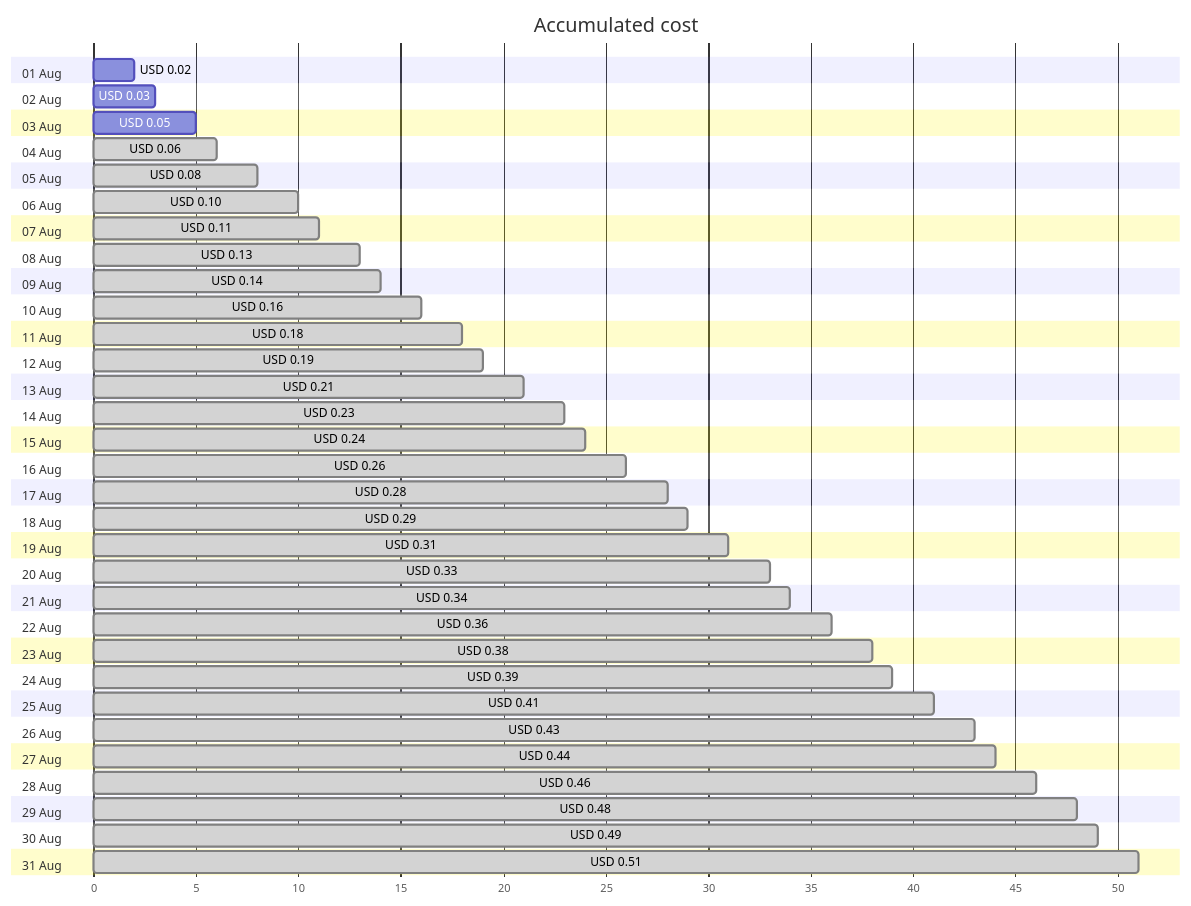
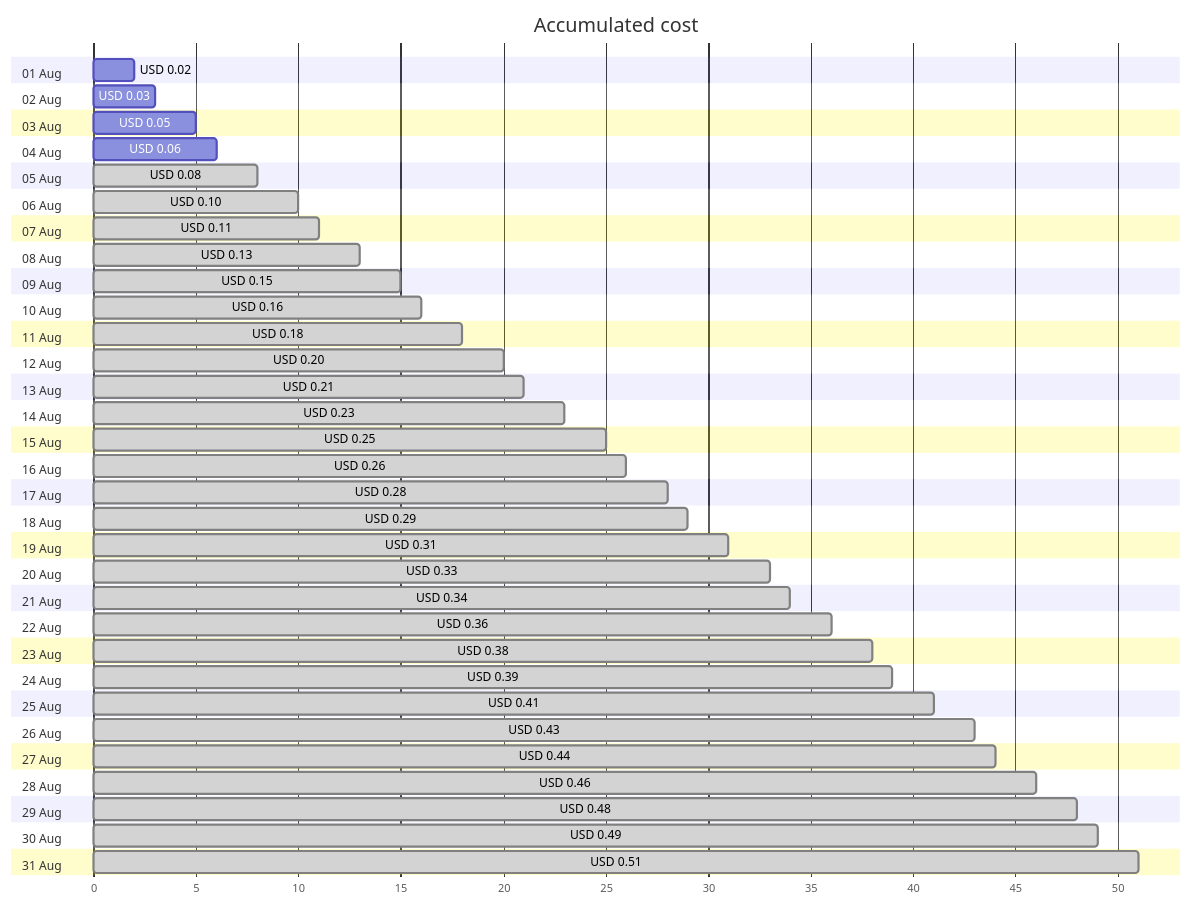
Before and after one commit to jpfulton/azure-personal-reports: the first of 4 diagrams in cost-reports/personal-dns/jpatrickfulton.dev.md, drawn with Mermaid. The commit also changed other lines of this file and 2 other files, not shown here.

````diff
--- a/cost-reports/personal-dns/jpatrickfulton.dev.md
+++ b/cost-reports/personal-dns/jpatrickfulton.dev.md
@@ -20,68 +20,68 @@
 ```mermaid
 gantt
    title Accumulated cost
    dateFormat  X
    axisFormat %s
    section 01 Aug
    USD 0.02 :0, 2
    section 02 Aug
    USD 0.03 :0, 3
    section 03 Aug
    USD 0.05 :0, 5
    section 04 Aug
-   USD 0.06 : done, 0, 6
+   USD 0.06 :0, 6
    section 05 Aug
    USD 0.08 : done, 0, 8
    section 06 Aug
    USD 0.10 : done, 0, 10
    section 07 Aug
    USD 0.11 : done, 0, 11
    section 08 Aug
    USD 0.13 : done, 0, 13
    section 09 Aug
-   USD 0.14 : done, 0, 14
+   USD 0.15 : done, 0, 15
    section 10 Aug
    USD 0.16 : done, 0, 16
    section 11 Aug
    USD 0.18 : done, 0, 18
    section 12 Aug
-   USD 0.19 : done, 0, 19
+   USD 0.20 : done, 0, 20
    section 13 Aug
    USD 0.21 : done, 0, 21
    section 14 Aug
    USD 0.23 : done, 0, 23
    section 15 Aug
-   USD 0.24 : done, 0, 24
+   USD 0.25 : done, 0, 25
    section 16 Aug
    USD 0.26 : done, 0, 26
    section 17 Aug
    USD 0.28 : done, 0, 28
    section 18 Aug
    USD 0.29 : done, 0, 29
    section 19 Aug
    USD 0.31 : done, 0, 31
    section 20 Aug
    USD 0.33 : done, 0, 33
    section 21 Aug
    USD 0.34 : done, 0, 34
    section 22 Aug
    USD 0.36 : done, 0, 36
    section 23 Aug
    USD 0.38 : done, 0, 38
    section 24 Aug
    USD 0.39 : done, 0, 39
    section 25 Aug
    USD 0.41 : done, 0, 41
    section 26 Aug
    USD 0.43 : done, 0, 43
    section 27 Aug
    USD 0.44 : done, 0, 44
    section 28 Aug
    USD 0.46 : done, 0, 46
    section 29 Aug
    USD 0.48 : done, 0, 48
    section 30 Aug
    USD 0.49 : done, 0, 49
    section 31 Aug
    USD 0.51 : done, 0, 51
 ```
````
